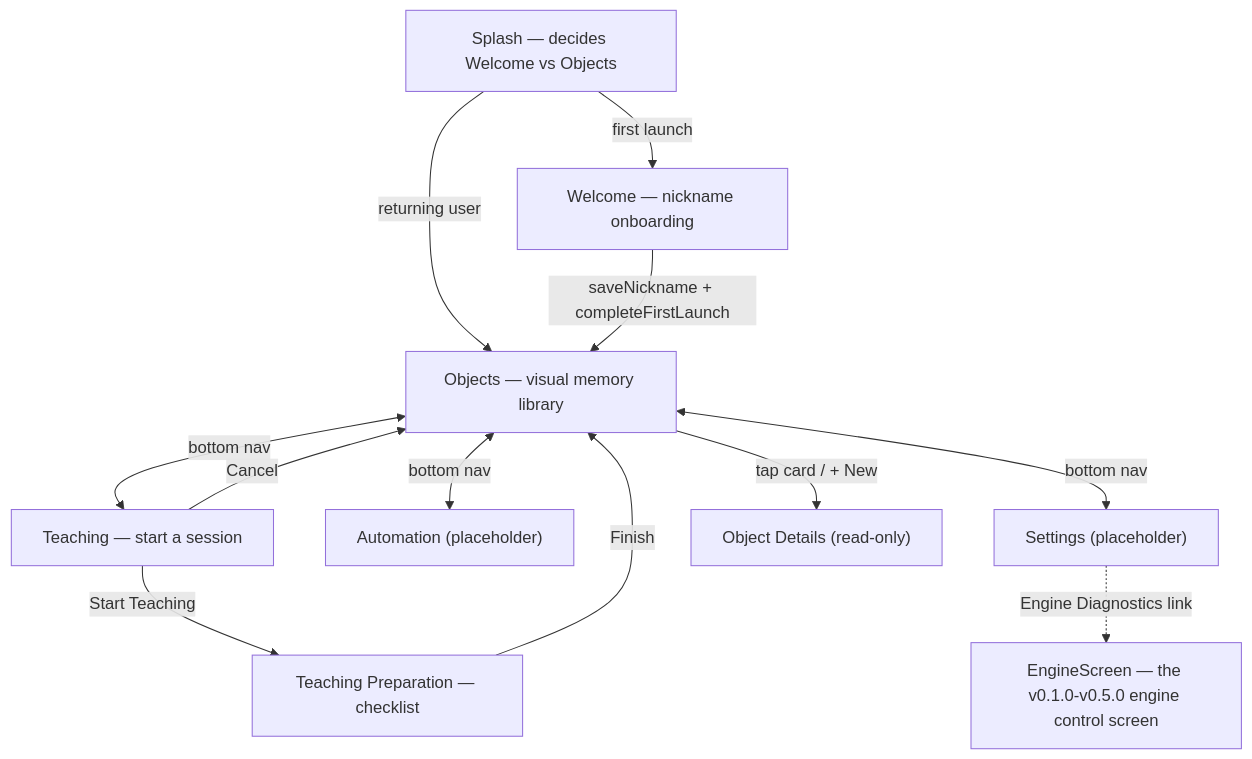
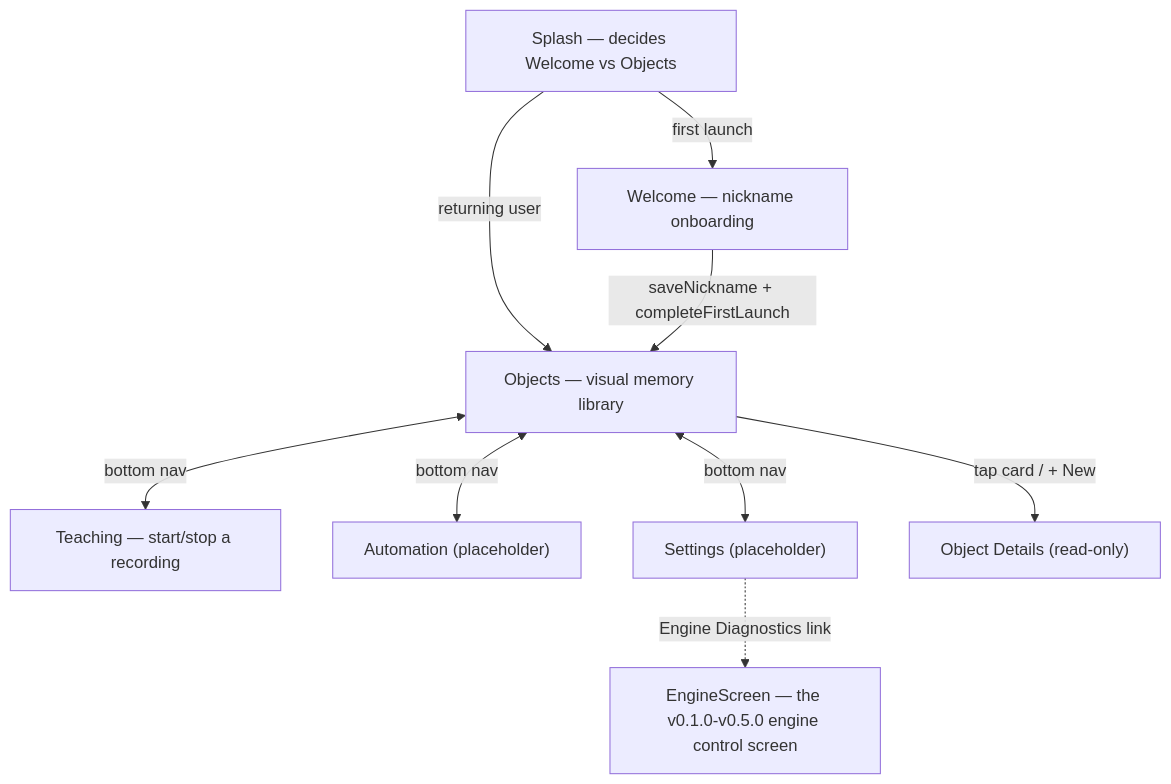
The first of 2 diagrams in README.md (s2ouz/Behavior-Engine), drawn with Mermaid before and after one commit. The commit also changed other lines of this file and 39 other files, not shown here.

````diff
--- a/README.md
+++ b/README.md
@@ -25,14 +27,11 @@
 ```mermaid
 graph TD
     Splash["Splash — decides Welcome vs Objects"] -->|first launch| Welcome["Welcome — nickname onboarding"]
     Splash -->|returning user| Objects
     Welcome -->|saveNickname + completeFirstLaunch| Objects["Objects — visual memory library"]
-    Objects <-->|bottom nav| Teaching["Teaching — start a session"]
+    Objects <-->|bottom nav| Teaching["Teaching — start/stop a recording"]
     Objects <-->|bottom nav| Automation["Automation (placeholder)"]
     Objects <-->|bottom nav| Settings["Settings (placeholder)"]
     Objects -->|tap card / + New| ObjectDetails["Object Details (read-only)"]
-    Teaching -->|Start Teaching| TeachingPreparation["Teaching Preparation — checklist"]
-    TeachingPreparation -->|Finish| Objects
-    Teaching -->|Cancel| Objects
     Settings -.Engine Diagnostics link.-> EngineScreen["EngineScreen — the v0.1.0-v0.5.0 engine control screen"]
 ```
````
